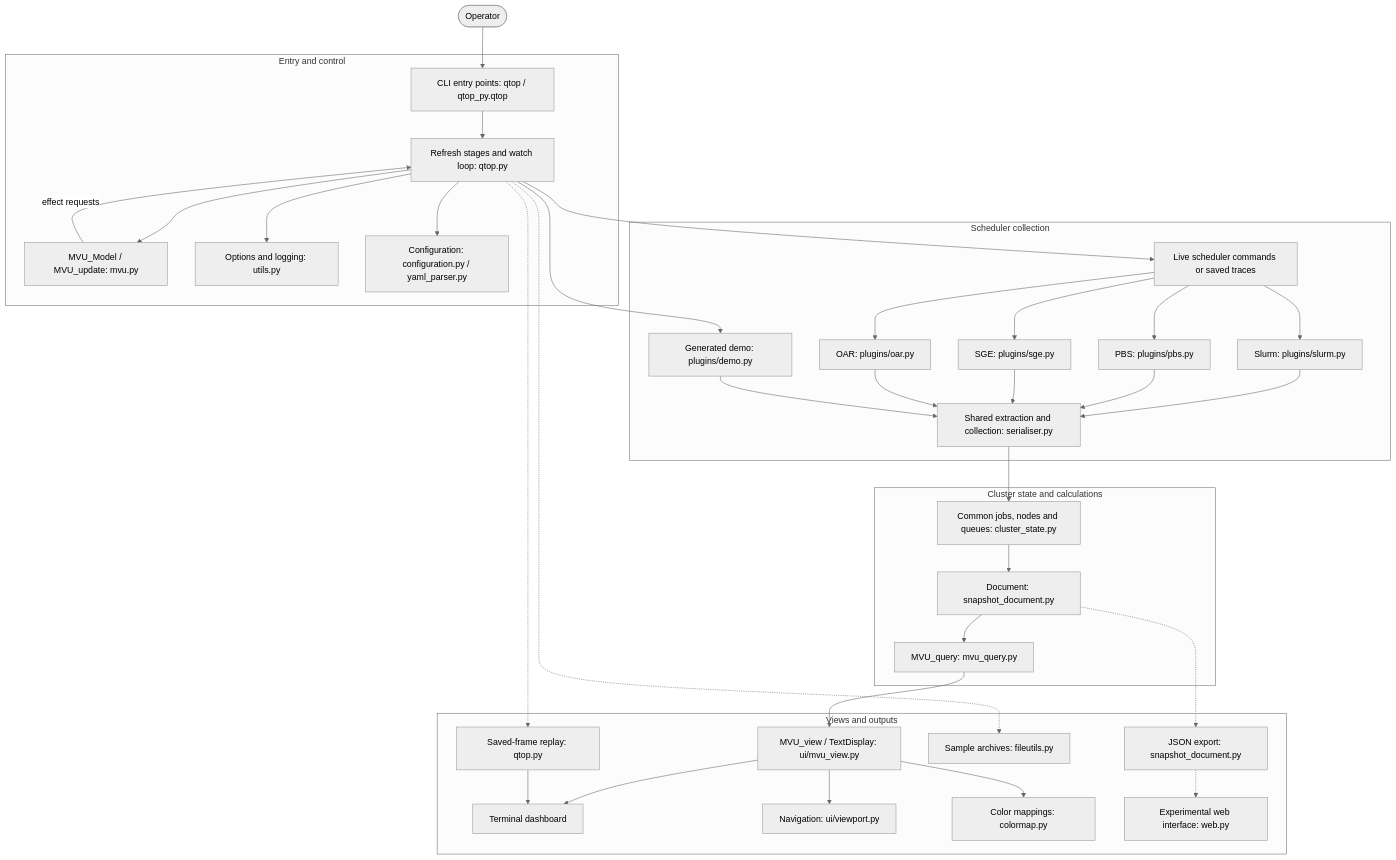
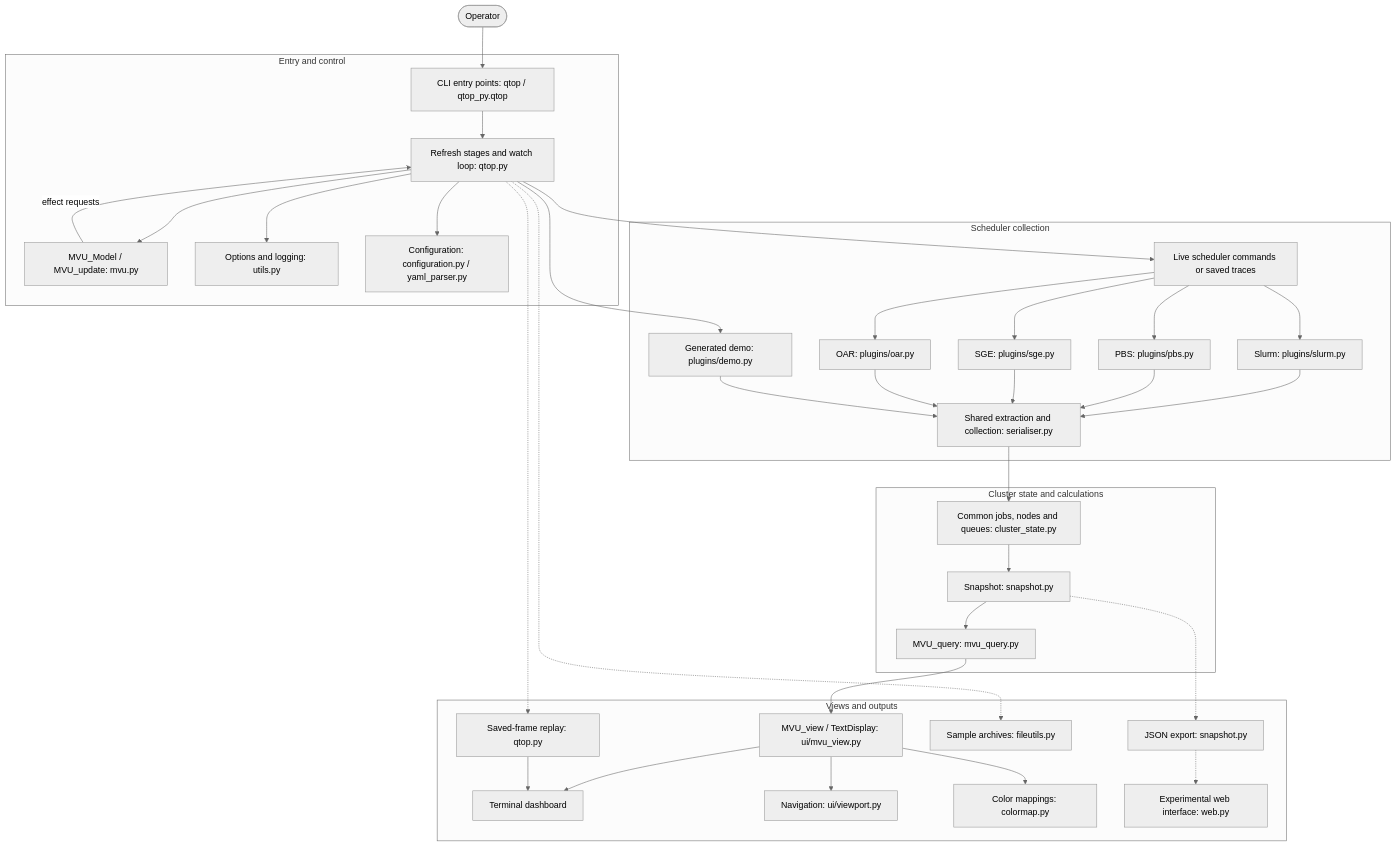
Before and after one commit to qtop/qtop: the diagram in docs/architecture.md, drawn with Mermaid (neutral theme). The commit also changed other lines of this file and 23 other files, not shown here.

Commit message:
Refactor: Rename Document to Snapshot; keep Document as a deprecated alias

````diff
--- a/docs/architecture.md
+++ b/docs/architecture.md
@@ -16,68 +16,68 @@
 ```mermaid
 flowchart TB
     operator([Operator])
 
     subgraph entry["Entry and control"]
         cli["CLI entry points: qtop / qtop_py.qtop"]
         runtime["Refresh stages and watch loop: qtop.py"]
         update["MVU_Model / MVU_update: mvu.py"]
         runtime --> update
         update -->|effect requests| runtime
         options["Options and logging: utils.py"]
         config["Configuration: configuration.py / yaml_parser.py"]
         cli --> runtime
         runtime --> options
         runtime --> config
     end
     operator --> cli
 
     subgraph collection["Scheduler collection"]
         files["Live scheduler commands or saved traces"]
         slurm["Slurm: plugins/slurm.py"]
         pbs["PBS: plugins/pbs.py"]
         sge["SGE: plugins/sge.py"]
         oar["OAR: plugins/oar.py"]
         demo["Generated demo: plugins/demo.py"]
         shared["Shared extraction and collection: serialiser.py"]
         files --> slurm
         files --> pbs
         files --> sge
         files --> oar
         slurm --> shared
         pbs --> shared
         sge --> shared
         oar --> shared
         demo --> shared
     end
     runtime --> files
     runtime --> demo
 
     subgraph state["Cluster state and calculations"]
         model["Common jobs, nodes and queues: cluster_state.py"]
-        document["Document: snapshot_document.py"]
+        snapshot["Snapshot: snapshot.py"]
         calculations["MVU_query: mvu_query.py"]
-        model --> document
-        document --> calculations
+        model --> snapshot
+        snapshot --> calculations
     end
     shared --> model
 
     subgraph outputs["Views and outputs"]
         render["MVU_view / TextDisplay: ui/mvu_view.py"]
         terminal["Terminal dashboard"]
         viewport["Navigation: ui/viewport.py"]
         colors["Color mappings: colormap.py"]
-        json["JSON export: snapshot_document.py"]
+        json["JSON export: snapshot.py"]
         capture["Sample archives: fileutils.py"]
         replay["Saved-frame replay: qtop.py"]
         web["Experimental web interface: web.py"]
         render --> terminal
         render --> viewport
         render --> colors
         json -.-> web
         replay --> terminal
     end
     calculations --> render
-    document -.-> json
+    snapshot -.-> json
     runtime -.-> capture
     runtime -.-> replay
 ```
````
